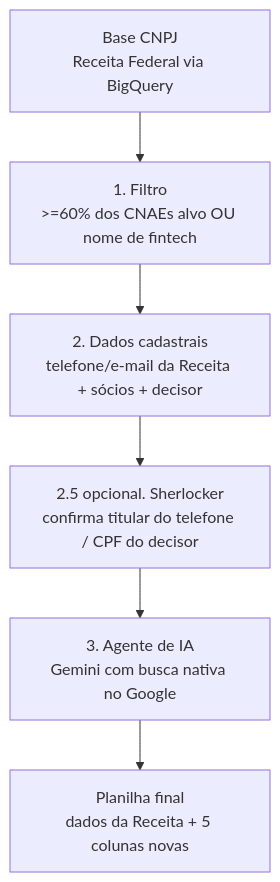
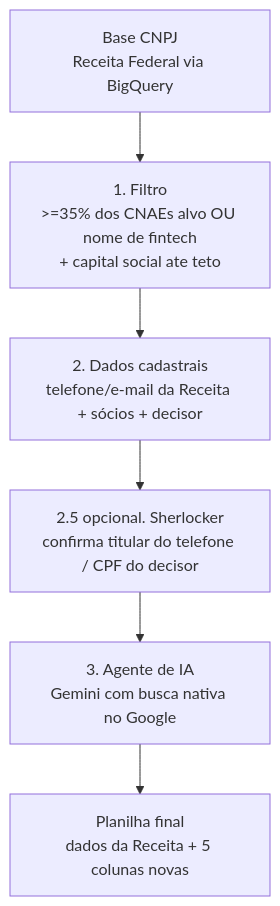
The diagram in guides/prospeccao-fintech.mdx (Binaryxz/docs), drawn with Mermaid before and after one commit. The commit also changed other lines of this file and 2 other files, not shown here.

````diff
--- a/guides/prospeccao-fintech.mdx
+++ b/guides/prospeccao-fintech.mdx
@@ -9,8 +9,8 @@
 ```mermaid
 flowchart TD
-    A[Base CNPJ<br/>Receita Federal via BigQuery] --> B[1. Filtro<br/>>=60% dos CNAEs alvo OU nome de fintech]
+    A[Base CNPJ<br/>Receita Federal via BigQuery] --> B[1. Filtro<br/>>=35% dos CNAEs alvo OU nome de fintech<br/>+ capital social ate teto]
     B --> C[2. Dados cadastrais<br/>telefone/e-mail da Receita + sócios + decisor]
     C --> C2[2.5 opcional. Sherlocker<br/>confirma titular do telefone / CPF do decisor]
     C2 --> D[3. Agente de IA<br/>Gemini com busca nativa no Google]
     D --> E[Planilha final<br/>dados da Receita + 5 colunas novas]
 ```
````
